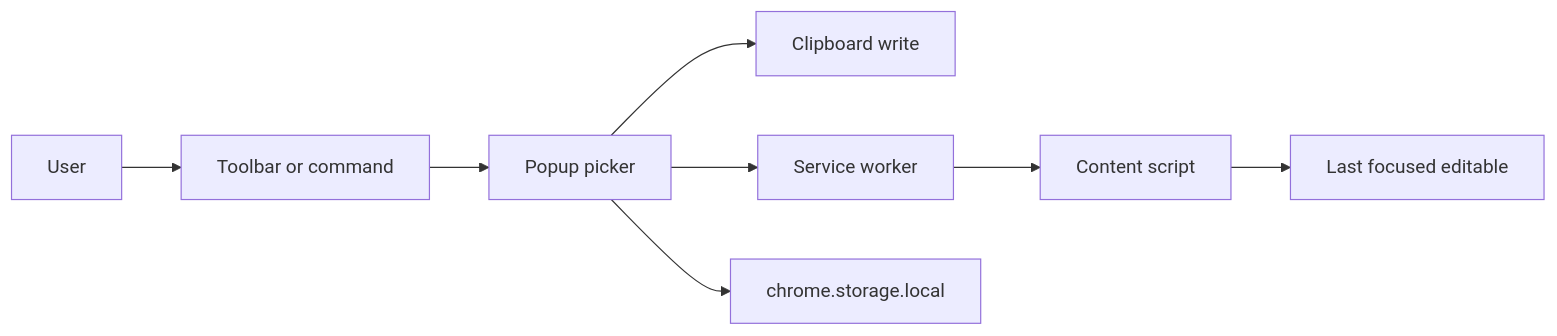
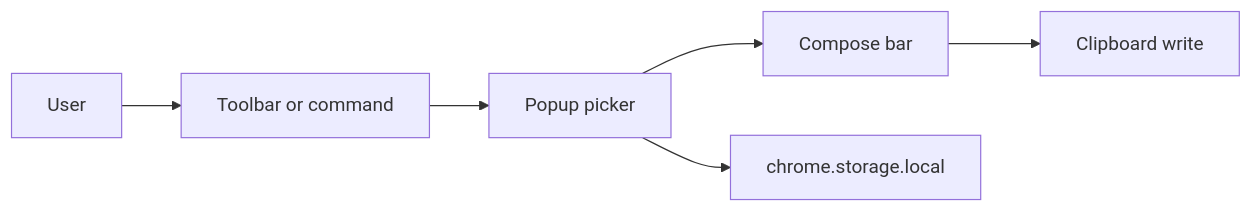
Before and after one commit to RashJrEdmund/remojis: the diagram in docs/PLAN.md, drawn with Mermaid. The commit also changed other lines of this file and 22 other files, not shown here.

````diff
--- a/docs/PLAN.md
+++ b/docs/PLAN.md
@@ -53,10 +53,8 @@
 ```mermaid
 flowchart LR
   user[User] --> shortcut[Toolbar or command]
   shortcut --> popup[Popup picker]
-  popup --> copy[Clipboard write]
-  popup --> bg[Service worker]
-  bg --> cs[Content script]
-  cs --> field[Last focused editable]
+  popup --> compose[Compose bar]
+  compose --> copy[Clipboard write]
   popup --> storage[chrome.storage.local]
 ```
````
